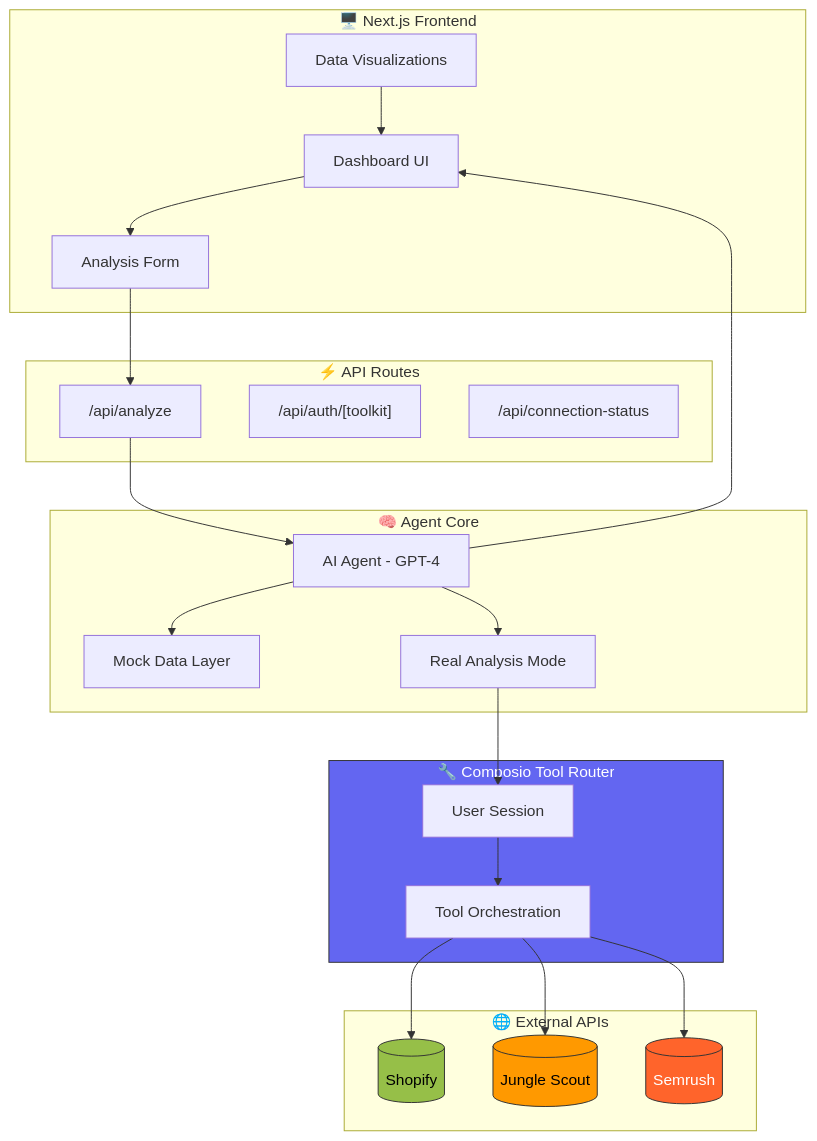
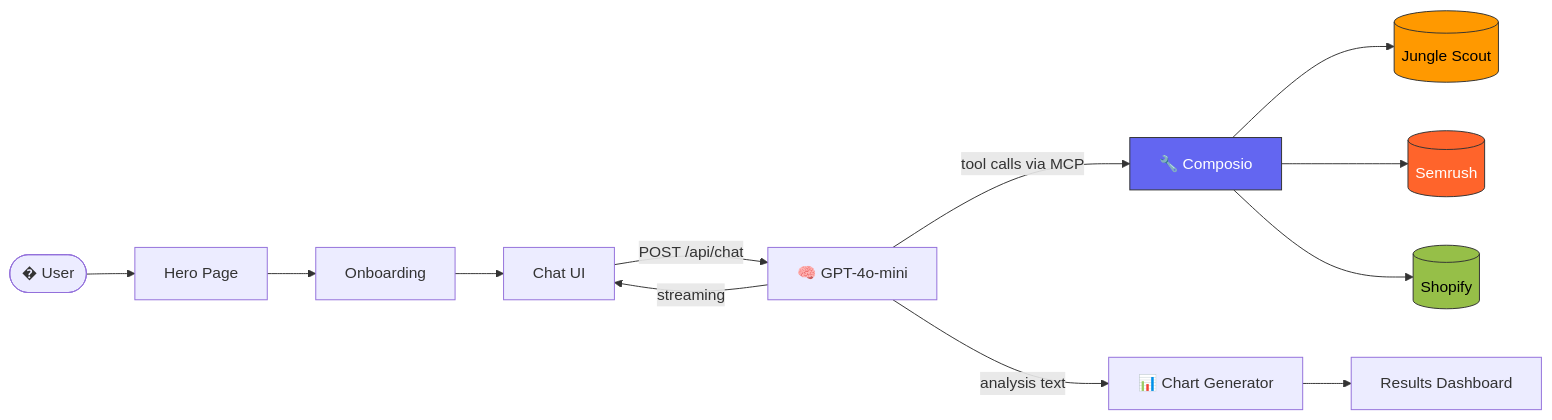
Before and after one commit to sailorworks/shopify-agent: the first of 2 diagrams in README.md, drawn with Mermaid. The commit also changed other lines of this file, not shown here.

````diff
--- a/README.md
+++ b/README.md
@@ -31,49 +33,22 @@
 ```mermaid
-flowchart TD
-    subgraph Frontend["🖥️ Next.js Frontend"]
-        UI[Dashboard UI]
-        Form[Analysis Form]
-        Charts[Data Visualizations]
-    end
+flowchart LR
+    User([� User]) --> Hero[Hero Page]
+    Hero --> Onboard[Onboarding]
+    Onboard --> Chat[Chat UI]
 
-    subgraph API["⚡ API Routes"]
-        Analyze["/api/analyze"]
-        Auth["/api/auth/[toolkit]"]
-        Status["/api/connection-status"]
-    end
+    Chat -->|POST /api/chat| Agent[🧠 GPT-4o-mini]
+    Agent -->|streaming| Chat
 
-    subgraph Core["🧠 Agent Core"]
-        Agent[AI Agent - GPT-4]
-        Mock[Mock Data Layer]
-        Real[Real Analysis Mode]
-    end
+    Agent -->|tool calls via MCP| Composio[🔧 Composio]
+    Composio --> JS[(Jungle Scout)]
+    Composio --> SR[(Semrush)]
+    Composio --> SH[(Shopify)]
 
-    subgraph Composio["🔧 Composio Tool Router"]
-        Session[User Session]
-        Tools[Tool Orchestration]
-    end
-
-    subgraph External["🌐 External APIs"]
-        Shopify[(Shopify)]
-        JS[(Jungle Scout)]
-        SR[(Semrush)]
-    end
-
-    UI --> Form
-    Form --> Analyze
-    Analyze --> Agent
-    Agent --> Mock
-    Agent --> Real
-    Real --> Session
-    Session --> Tools
-    Tools --> Shopify
-    Tools --> JS
-    Tools --> SR
-    Agent --> UI
-    Charts --> UI
+    Agent -->|analysis text| ChartGen[📊 Chart Generator]
+    ChartGen --> Dashboard[Results Dashboard]
 
     style Composio fill:#6366f1,stroke:#333,color:#fff
-    style Shopify fill:#96bf48,stroke:#333,color:#000
     style JS fill:#ff9900,stroke:#333,color:#000
     style SR fill:#ff642b,stroke:#333,color:#fff
+    style SH fill:#96bf48,stroke:#333,color:#000
 ```
````
